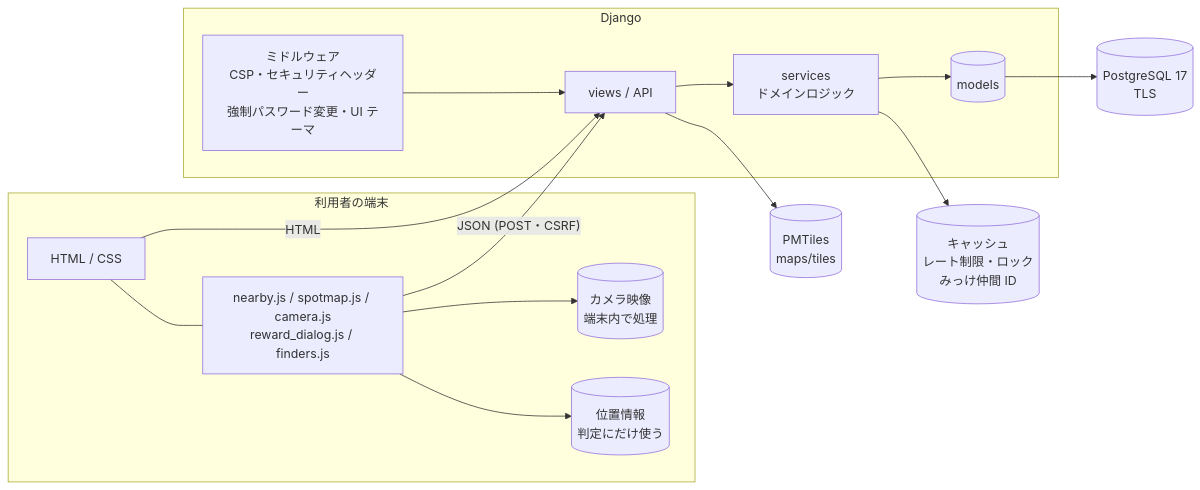
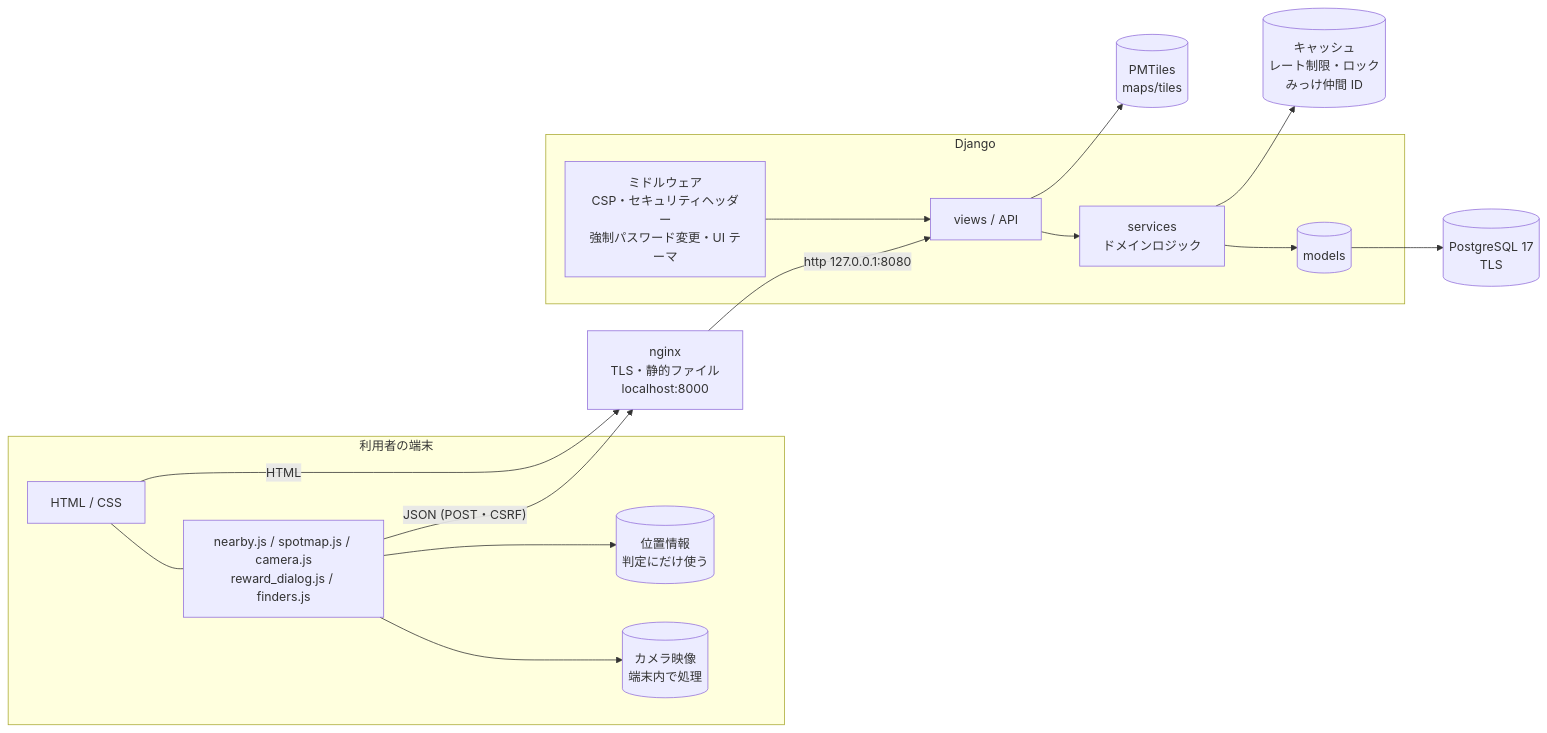
The first of 3 diagrams in docs/design.md (masahirosako1005/MC-001), drawn with Mermaid before and after one commit. The commit also changed other lines of this file and 11 other files, not shown here.

First line of the commit message:
feat(deploy): nginx + 自己署名証明書でローカルを HTTPS 配信 (localhost:8000 → 8080)

````diff
--- a/docs/design.md
+++ b/docs/design.md
@@ -50,18 +51,19 @@
 ```mermaid
 flowchart LR
   subgraph Browser[利用者の端末]
     UI[HTML / CSS] --- JS[nearby.js / spotmap.js / camera.js<br>reward_dialog.js / finders.js]
     JS --> CAM[(カメラ映像<br>端末内で処理)]
     JS --> GEO[(位置情報<br>判定にだけ使う)]
   end
   subgraph Server[Django]
     V[views / API] --> S[services<br>ドメインロジック]
     S --> M[(models)]
     MW[ミドルウェア<br>CSP・セキュリティヘッダー<br>強制パスワード変更・UI テーマ] --> V
   end
-  JS -- JSON (POST・CSRF) --> V
-  UI -- HTML --> V
+  JS -- JSON (POST・CSRF) --> NX[nginx<br>TLS・静的ファイル<br>localhost:8000]
+  UI -- HTML --> NX
+  NX -- http 127.0.0.1:8080 --> V
   M --> DB[(PostgreSQL 17<br>TLS)]
   V --> T[(PMTiles<br>maps/tiles)]
   S --> C[(キャッシュ<br>レート制限・ロック<br>みっけ仲間 ID)]
 ```
````
